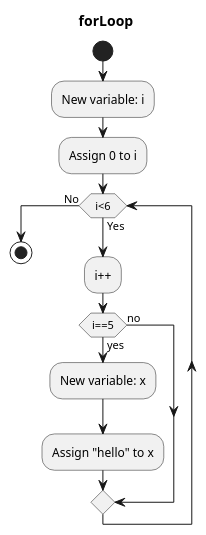
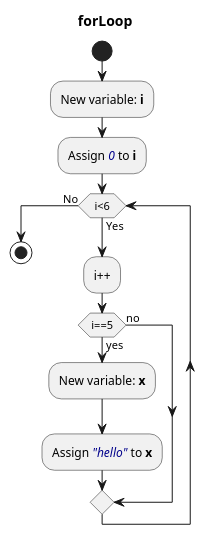
The second of 2 diagrams in Java-documentator/Documentation/Method_forLoop_diagram.puml (afmoyar/Java-Documentator), drawn with PlantUML before and after one commit. The commit also changed other lines of this file and 9 other files, not shown here.

```diff
--- a/Java-documentator/Documentation/Method_forLoop_diagram.puml
+++ b/Java-documentator/Documentation/Method_forLoop_diagram.puml
@@ -16,15 +16,15 @@
 @startuml
 title forLoop
 start
-:New variable: i;
-:Assign 0 to i;
+:New variable: <b>i</b>;
+:Assign <color:darkblue><i>0</i></color> to <b>i</b>;
 while (i<6) is (Yes)
 :i++;
 if (i==5) then (yes)
-:New variable: x;
-:Assign "hello" to x;
+:New variable: <b>x</b>;
+:Assign <color:darkblue><i>"hello"</i></color> to <b>x</b>;
 else (no)
 endif
 endwhile (No)
 stop
 @enduml
```
